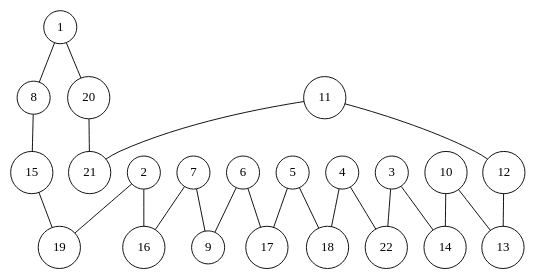
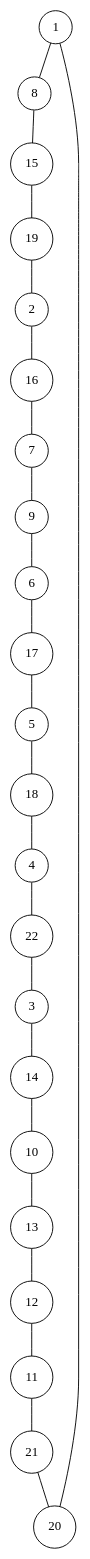
Before and after one commit to lugot/tsp-approximation: the diagram in data_tsplib/ulysses22/ulysses22.dot, drawn with Graphviz. The commit also changed 28 other files, not shown here.

```diff
--- a/data_tsplib/ulysses22/ulysses22.dot
+++ b/data_tsplib/ulysses22/ulysses22.dot
@@ -1,48 +1,48 @@
 graph ulysses22 {
 	node [shape=circle fillcolor=white]
 	1 [ pos = "18.549600,9.905409!"]
 	2 [ pos = "19.194761,12.684938!"]
 	3 [ pos = "19.674994,12.282319!"]
 	4 [ pos = "17.589134,11.215135!"]
 	5 [ pos = "16.240602,5.112782!"]
 	6 [ pos = "18.219743,5.913170!"]
 	7 [ pos = "18.636915,6.359447!"]
 	8 [ pos = "18.200340,9.915110!"]
 	9 [ pos = "20.000000,4.414261!"]
 	10 [ pos = "19.970895,6.330342!"]
 	11 [ pos = "17.501819,-2.527286!"]
 	12 [ pos = "18.661169,7.339316!"]
 	13 [ pos = "18.505942,7.446034!"]
 	14 [ pos = "18.195489,7.358719!"]
 	15 [ pos = "17.215620,6.946398!"]
 	16 [ pos = "19.092894,9.488237!"]
 	17 [ pos = "18.476837,11.816638!"]
 	18 [ pos = "17.506670,11.156925!"]
 	19 [ pos = "19.616784,6.582585!"]
 	20 [ pos = "19.563425,6.863934!"]
 	21 [ pos = "19.582828,6.902741!"]
 	22 [ pos = "18.224594,10.943488!"]
 
 	1 -- 8
-	1 -- 20
 	2 -- 16
-	2 -- 19
 	3 -- 14
-	3 -- 22
-	4 -- 18
 	4 -- 22
-	5 -- 17
 	5 -- 18
-	6 -- 9
 	6 -- 17
 	7 -- 9
-	7 -- 16
 	8 -- 15
+	9 -- 6
 	10 -- 13
-	10 -- 14
-	11 -- 12
 	11 -- 21
-	12 -- 13
+	12 -- 11
+	13 -- 12
+	14 -- 10
 	15 -- 19
-	20 -- 21
+	16 -- 7
+	17 -- 5
+	18 -- 4
+	19 -- 2
+	20 -- 1
+	21 -- 20
+	22 -- 3
 }
```
